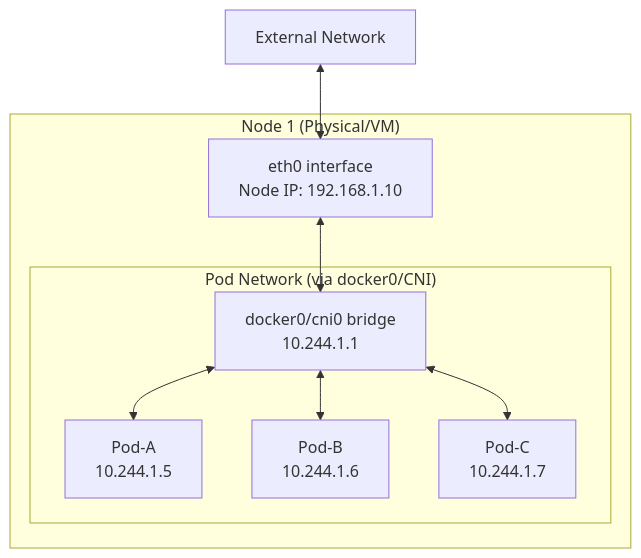
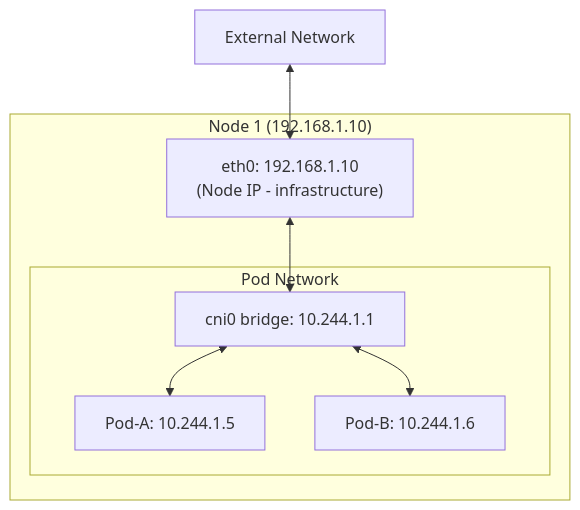
Before and after one commit to Anmol33/SystemDesign: the second of 10 diagrams in k8s/02_Kubernetes_Services_Networking.md, drawn with Mermaid. The commit also changed other lines of this file and 1 other file, not shown here.

````diff
--- a/k8s/02_Kubernetes_Services_Networking.md
+++ b/k8s/02_Kubernetes_Services_Networking.md
@@ -261,20 +244,18 @@
 ```mermaid
 graph TB
-    subgraph Node1["Node 1 (Physical/VM)"]
-        eth0["eth0 interface<br/>Node IP: 192.168.1.10"]
+    subgraph Node["Node 1 (192.168.1.10)"]
+        eth0["eth0: 192.168.1.10<br/>(Node IP - infrastructure)"]
         
-        subgraph PodNet["Pod Network (via docker0/CNI)"]
-            bridge["docker0/cni0 bridge<br/>10.244.1.1"]
-            PodA["Pod-A<br/>10.244.1.5"]
-            PodB["Pod-B<br/>10.244.1.6"]
-            PodC["Pod-C<br/>10.244.1.7"]
+        subgraph PodNet["Pod Network"]
+            br["cni0 bridge: 10.244.1.1"]
+            p1["Pod-A: 10.244.1.5"]
+            p2["Pod-B: 10.244.1.6"]
         end
         
-        eth0 <--> bridge
-        bridge <--> PodA
-        bridge <--> PodB
-        bridge <--> PodC
+        eth0 <--> br
+        br <--> p1
+        br <--> p2
     end
     
-    Internet["External Network"] <--> eth0
+    Net["External Network"] <--> eth0
 ```
````
